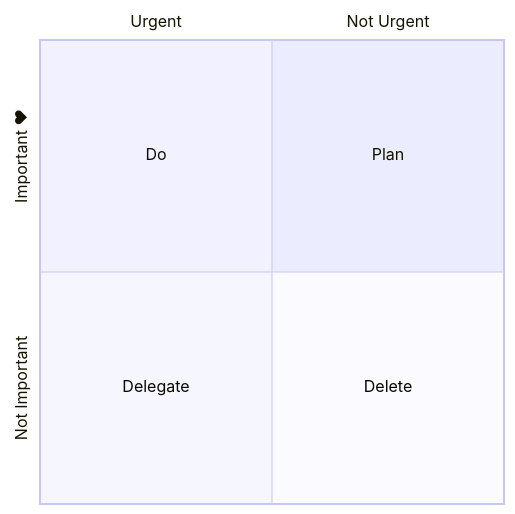
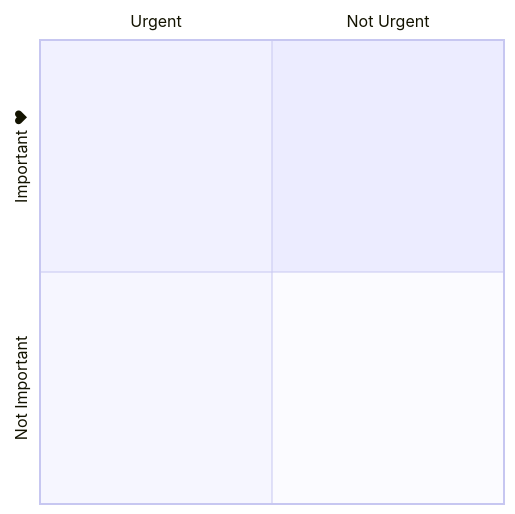
One commit to boddaert/snt changed the diagram in seconde/Réseaux sociaux/Reseaux_sociaux_existants.md. Above: the diagram before and after it, drawn with Mermaid.

````diff
--- a/seconde/Réseaux sociaux/Reseaux_sociaux_existants.md
+++ b/seconde/Réseaux sociaux/Reseaux_sociaux_existants.md
@@ -27,9 +27,5 @@
 ```mermaid
 quadrantChart
   x-axis Urgent --> Not Urgent
   y-axis Not Important --> "Important ❤"
-  quadrant-1 Plan
-  quadrant-2 Do
-  quadrant-3 Delegate
-  quadrant-4 Delete
 ```
````
